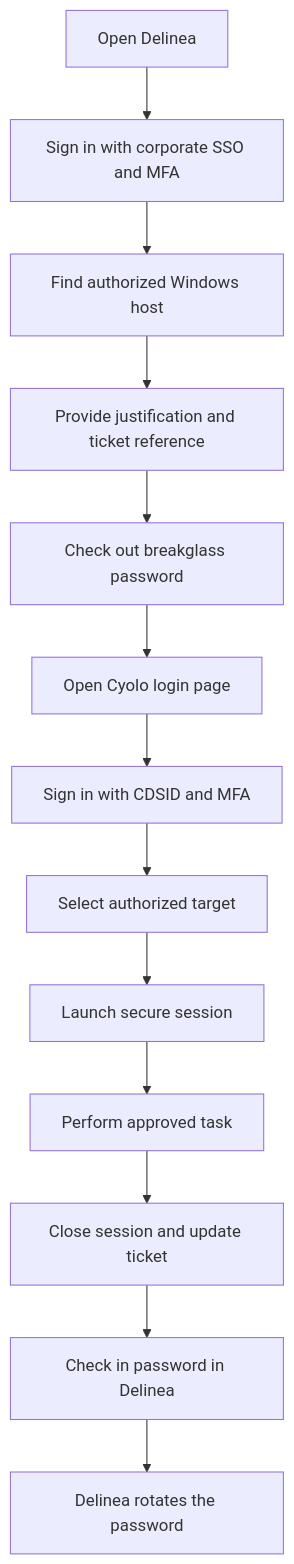
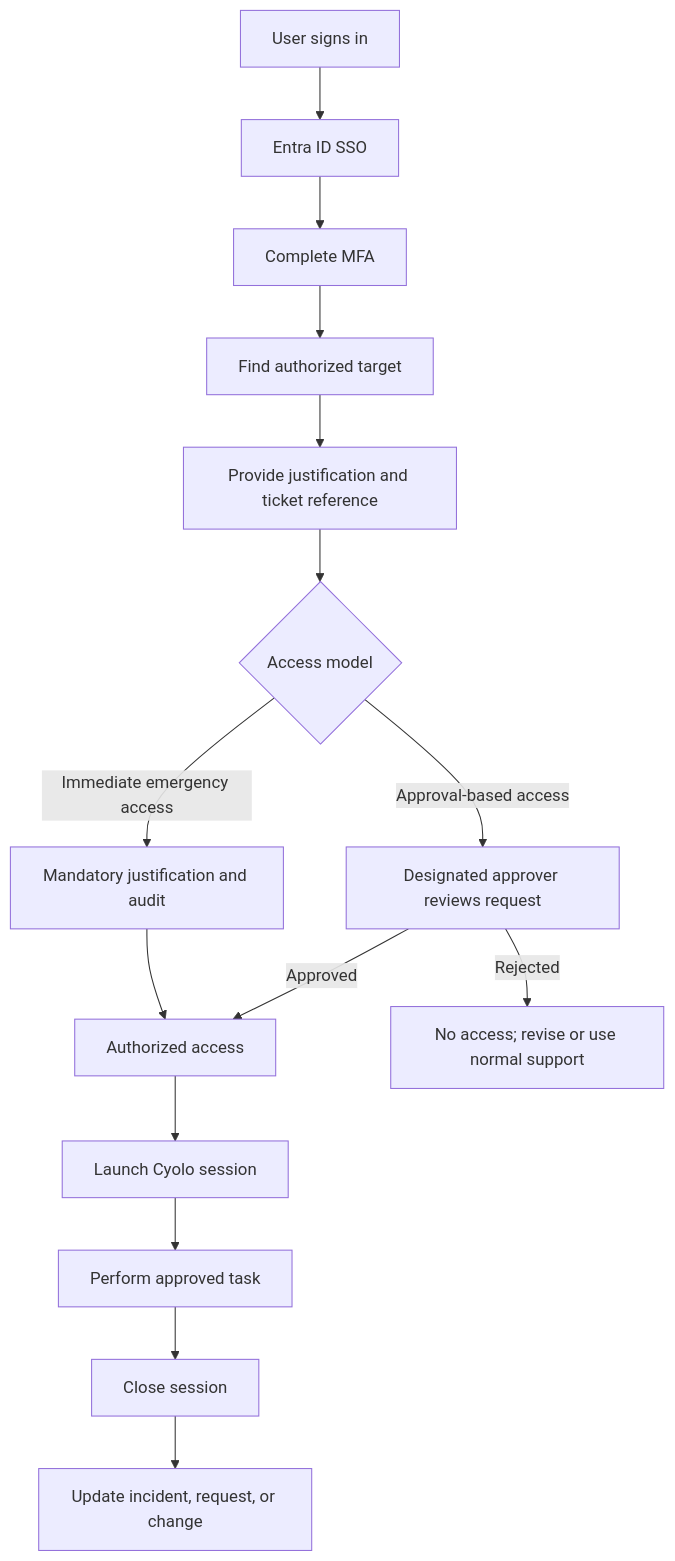
One commit to Ranjith-Marimuthu/PAM-Windows changed the diagram in docs/for-end-users/access-workflows.md. Above: the diagram before and after it, drawn with Mermaid.

````diff
--- a/docs/for-end-users/access-workflows.md
+++ b/docs/for-end-users/access-workflows.md
@@ -13,15 +13,18 @@
 ```mermaid
 flowchart TD
-    A[Open Delinea] --> B[Sign in with corporate SSO and MFA]
-    B --> C[Find authorized Windows host]
-    C --> D[Provide justification and ticket reference]
-    D --> E[Check out breakglass password]
-    E --> F[Open Cyolo login page]
-    F --> G[Sign in with CDSID and MFA]
-    G --> H[Select authorized target]
-    H --> I[Launch secure session]
-    I --> J[Perform approved task]
-    J --> K[Close session and update ticket]
-    K --> L[Check in password in Delinea]
-    L --> M[Delinea rotates the password]
+    A[User signs in] --> B[Entra ID SSO]
+    B --> C[Complete MFA]
+    C --> D[Find authorized target]
+    D --> E[Provide justification and ticket reference]
+    E --> F{Access model}
+    F -->|Immediate emergency access| G[Mandatory justification and audit]
+    F -->|Approval-based access| H[Designated approver reviews request]
+    G --> I[Authorized access]
+    H -->|Approved| I
+    H -->|Rejected| J[No access; revise or use normal support]
+    I --> K[Launch Cyolo session]
+    K --> L[Perform approved task]
+    L --> M[Close session]
+    M --> N[Update incident, request, or change]
+
 ```
````
